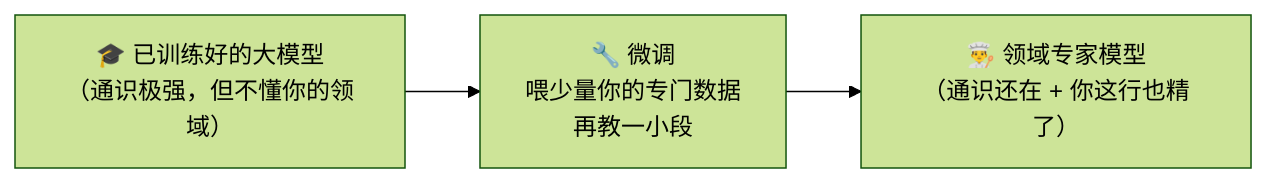
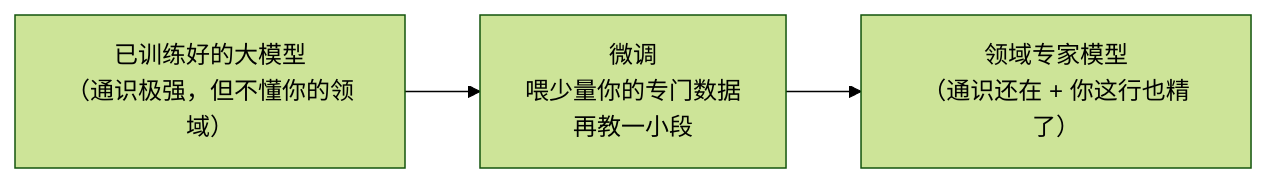
The fifth of 8 diagrams in docs/02_CONCEPTS_概念入门/CONCEPT/[CONCEPT-13] 什么是深度学习-DeepLearning.md (luckykhy/KhyAiHub), drawn with Mermaid (forest theme) before and after one commit. The commit also changed other lines of this file and 19 other files, not shown here.

````diff
--- a/docs/02_CONCEPTS_概念入门/CONCEPT/[CONCEPT-13] 什么是深度学习-DeepLearning.md
+++ b/docs/02_CONCEPTS_概念入门/CONCEPT/[CONCEPT-13] 什么是深度学习-DeepLearning.md
@@ -168,5 +168,5 @@
 ```mermaid
 flowchart LR
-  BASE["🎓 已训练好的大模型<br/>（通识极强，但不懂你的领域）"] --> FT["🔧 微调<br/>喂少量你的专门数据<br/>再教一小段"]
-  FT --> EXPERT["👨‍🍳 领域专家模型<br/>（通识还在 + 你这行也精了）"]
+  BASE["已训练好的大模型<br/>（通识极强，但不懂你的领域）"] --> FT["微调<br/>喂少量你的专门数据<br/>再教一小段"]
+  FT --> EXPERT["领域专家模型<br/>（通识还在 + 你这行也精了）"]
 ```
````
